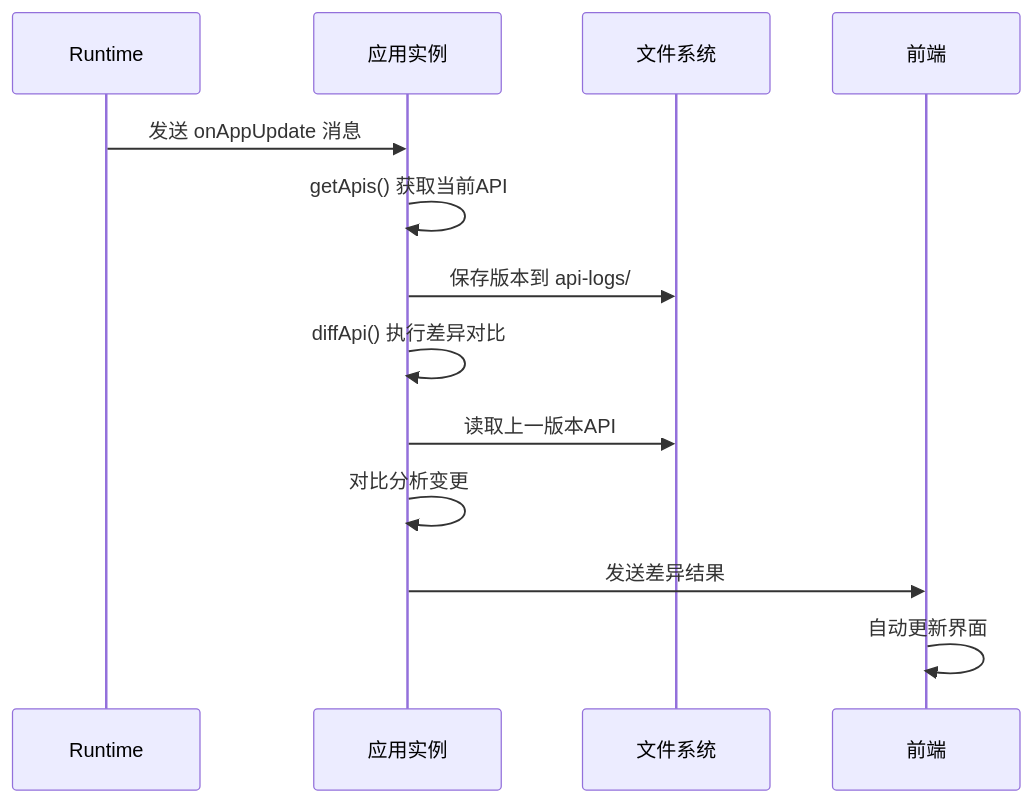
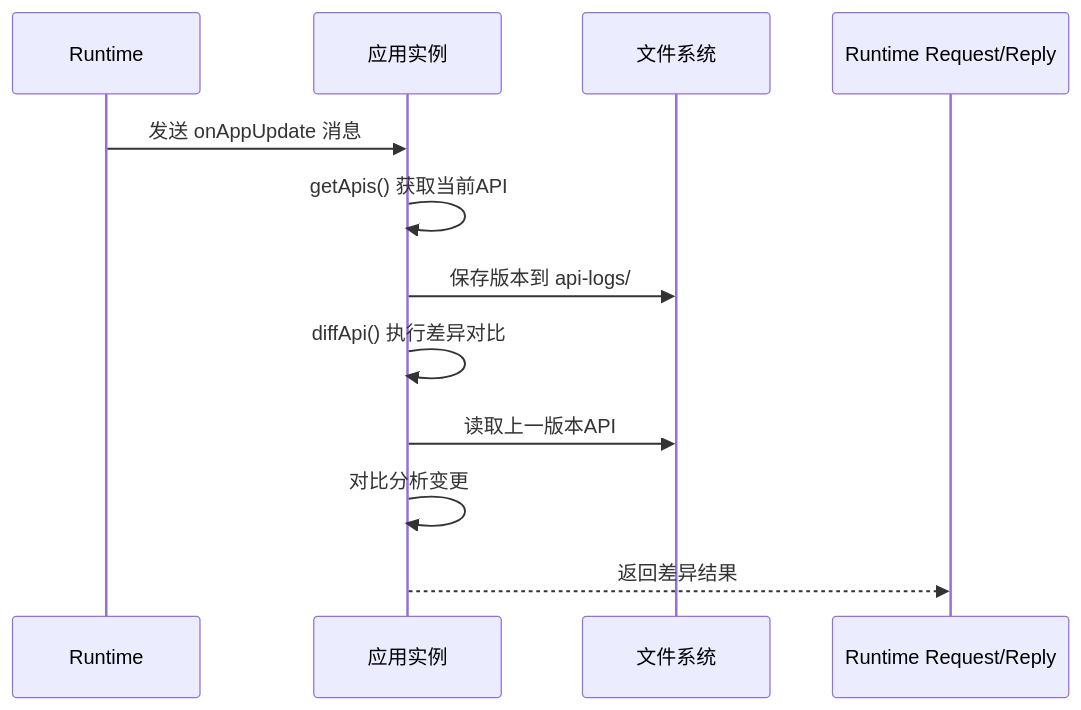
One commit to kageos/kageos changed the diagram in sdk/agent-app/API_DIFF_README.md. Above: the diagram before and after it, drawn with Mermaid. The commit also changed other lines of this file and 88 other files, not shown here.

````diff
--- a/sdk/agent-app/API_DIFF_README.md
+++ b/sdk/agent-app/API_DIFF_README.md
@@ -9,16 +9,15 @@
 ```mermaid
 sequenceDiagram
     participant Runtime as Runtime
     participant App as 应用实例
     participant FileSystem as 文件系统
-    participant Frontend as 前端
+    participant RuntimeReply as Runtime Request/Reply
 
     Runtime->>App: 发送 onAppUpdate 消息
     App->>App: getApis() 获取当前API
     App->>FileSystem: 保存版本到 api-logs/
     App->>App: diffApi() 执行差异对比
     App->>FileSystem: 读取上一版本API
     App->>App: 对比分析变更
-    App->>Frontend: 发送差异结果
-    Frontend->>Frontend: 自动更新界面
+    App-->>RuntimeReply: 返回差异结果
 ```
````
